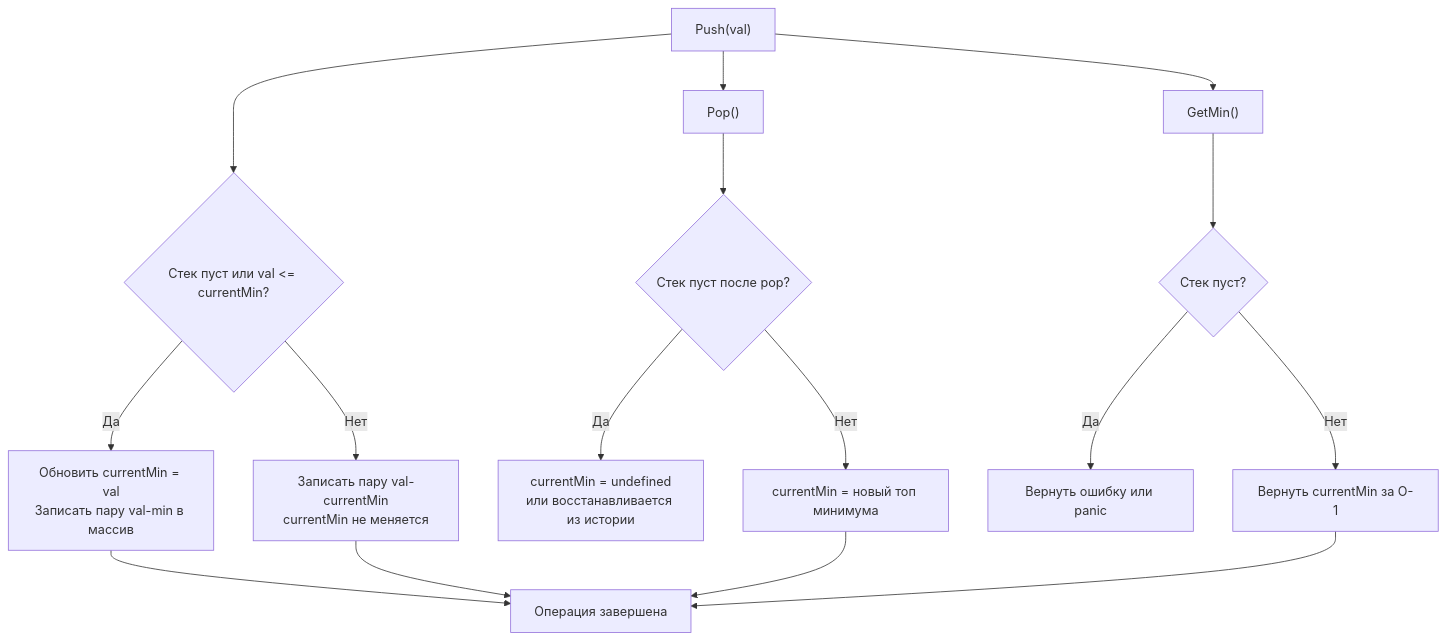
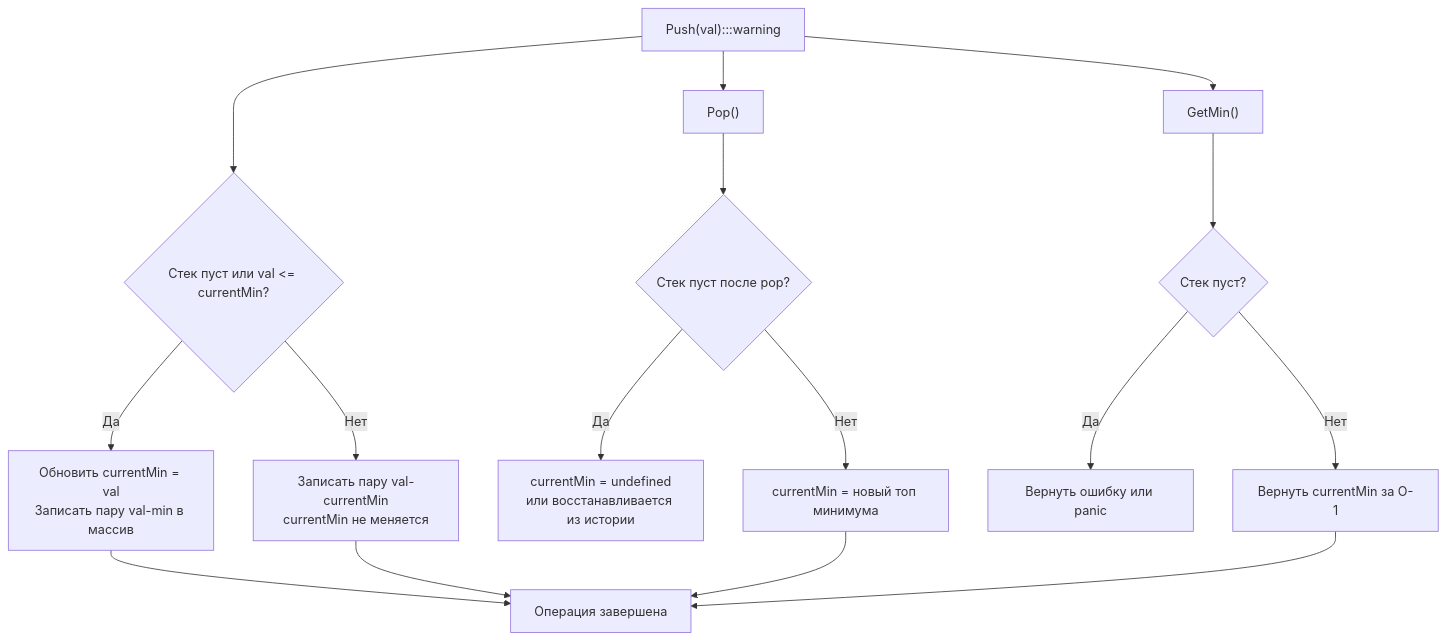
The first of 2 diagrams in sources/21. Задачи с LeetCode и собеседований на Go/02. Задачи/26. Design задачи и структуры данных/7. Min Stack.md (UnrealTemplier/go-textbook), drawn with Mermaid before and after one commit. The commit also changed other lines of this file and 1666 other files, not shown here.

First line of the commit message:
feat(mermaid): add semantic color classDef to 1369 colorless flowchart/graph diagrams

````diff
--- a/sources/21. Задачи с LeetCode и собеседований на Go/02. Задачи/26. Design задачи и структуры данных/7. Min Stack.md
+++ b/sources/21. Задачи с LeetCode и собеседований на Go/02. Задачи/26. Design задачи и структуры данных/7. Min Stack.md
@@ -5,18 +5,28 @@
 ```mermaid
 flowchart TD
-  A["Push(val)"] --> B{"Стек пуст или val <= currentMin?"}
+    classDef process  fill:#1e293b,stroke:#38bdf8,stroke-width:1px,color:#f8fafc
+    classDef success  fill:#064e3b,stroke:#34d399,stroke-width:1px,color:#f8fafc
+    classDef error    fill:#7f1d1d,stroke:#f87171,stroke-width:1px,color:#f8fafc
+    classDef warning  fill:#78350f,stroke:#fbbf24,stroke-width:1px,color:#f8fafc
+    classDef entry    fill:#1e3a5f,stroke:#38bdf8,stroke-width:2px,color:#f8fafc
+    classDef aux      fill:#334155,stroke:#64748b,stroke-width:1px,color:#f8fafc
+    classDef system   fill:#312e81,stroke:#a78bfa,stroke-width:1px,color:#f8fafc
+    classDef data     fill:#132d29,stroke:#2dd4bf,stroke-width:1px,color:#f8fafc
+    classDef network  fill:#881337,stroke:#fb7185,stroke-width:1px,color:#f8fafc
+    classDef accent   fill:#1e1b4b,stroke:#818cf8,stroke-width:1px,color:#f8fafc
+  A["Push(val):::warning"] --> B{"Стек пуст или val <= currentMin?"}
   B -->|Да| C["Обновить currentMin = val<br>Записать пару val-min в массив"]
   B -->|Нет| D["Записать пару val-currentMin<br>currentMin не меняется"]
   A --> E["Pop()"]
   E --> F{"Стек пуст после pop?"}
   F -->|Да| G["currentMin = undefined<br>или восстанавливается из истории"]
   F -->|Нет| H["currentMin = новый топ минимума"]
   A --> I["GetMin()"]
   I --> J{"Стек пуст?"}
   J -->|Да| K["Вернуть ошибку или panic"]
   J -->|Нет| L["Вернуть currentMin за O-1"]
   C --> M["Операция завершена"]
   D --> M
   H --> M
   L --> M
 ```
````
